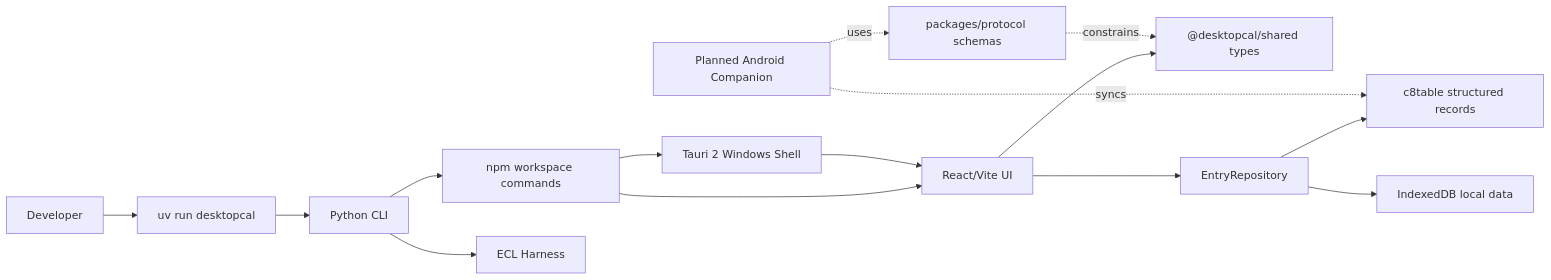
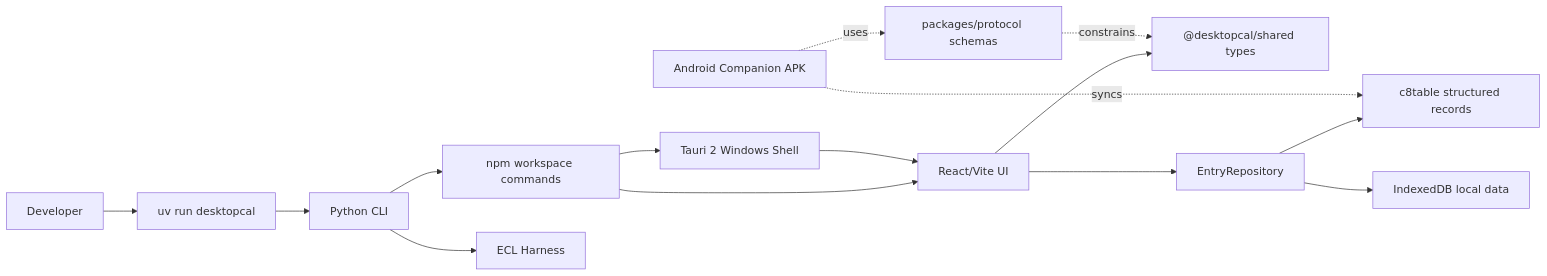
One commit to HANSEN749/desktopcal-c8table changed the first of 2 diagrams in docs/ARCHITECTURE.md. Above: the diagram before and after it, drawn with Mermaid. The commit also changed other lines of this file and 51 other files, not shown here.

Commit message:
Add Android APK and macOS packaging workflow

````diff
--- a/docs/ARCHITECTURE.md
+++ b/docs/ARCHITECTURE.md
@@ -12,17 +12,17 @@
 ```mermaid
 flowchart LR
   User["Developer"] --> UV["uv run desktopcal"]
   UV --> PyCLI["Python CLI"]
   PyCLI --> NPM["npm workspace commands"]
   NPM --> Web["React/Vite UI"]
   NPM --> Tauri["Tauri 2 Windows Shell"]
   Web --> Shared["@desktopcal/shared types"]
   Web --> Repo["EntryRepository"]
   Repo --> Teable["c8table structured records"]
   Repo --> IndexedDB["IndexedDB local data"]
   Tauri --> Web
   PyCLI --> Harness["ECL Harness"]
-  Android["Planned Android Companion"] -. syncs .-> Teable
+  Android["Android Companion APK"] -. syncs .-> Teable
   Android -. uses .-> Protocol["packages/protocol schemas"]
   Protocol -. constrains .-> Shared
 ```
````
